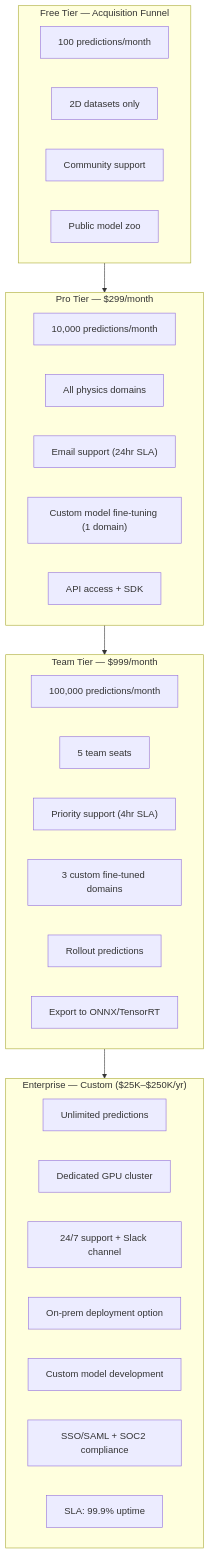
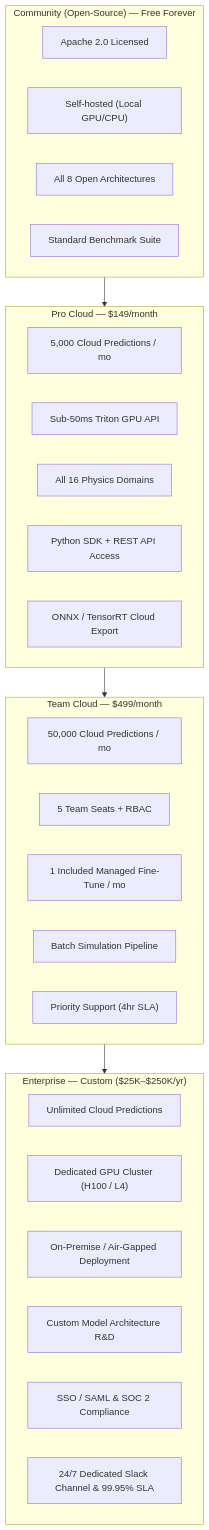
The fourth of 6 diagrams in Kontinua_Implementation_Plan.md (KontinuaAI/kontinua), drawn with Mermaid before and after one commit. The commit also changed other lines of this file and 200 other files, not shown here.

Commit message:
chore: prepare Kontinua open source release

````diff
--- a/Kontinua_Implementation_Plan.md
+++ b/Kontinua_Implementation_Plan.md
@@ -296,40 +160,38 @@
 ```mermaid
 graph TD
-    subgraph FREE["Free Tier — Acquisition Funnel"]
-        F1["100 predictions/month"]
-        F2["2D datasets only"]
-        F3["Community support"]
-        F4["Public model zoo"]
+    subgraph OSS_TIER["Community (Open-Source) — Free Forever"]
+        O1["Apache 2.0 Licensed"]
+        O2["Self-hosted (Local GPU/CPU)"]
+        O3["All 8 Open Architectures"]
+        O4["Standard Benchmark Suite"]
     end
 
-    subgraph PRO["Pro Tier — $299/month"]
-        P1["10,000 predictions/month"]
-        P2["All physics domains"]
-        P3["Email support (24hr SLA)"]
-        P4["Custom model fine-tuning (1 domain)"]
-        P5["API access + SDK"]
+    subgraph PRO_TIER["Pro Cloud — $149/month"]
+        P1["5,000 Cloud Predictions / mo"]
+        P2["Sub-50ms Triton GPU API"]
+        P3["All 16 Physics Domains"]
+        P4["Python SDK + REST API Access"]
+        P5["ONNX / TensorRT Cloud Export"]
     end
 
-    subgraph TEAM["Team Tier — $999/month"]
-        T1["100,000 predictions/month"]
-        T2["5 team seats"]
-        T3["Priority support (4hr SLA)"]
-        T4["3 custom fine-tuned domains"]
-        T5["Rollout predictions"]
-        T6["Export to ONNX/TensorRT"]
+    subgraph TEAM_TIER["Team Cloud — $499/month"]
+        T1["50,000 Cloud Predictions / mo"]
+        T2["5 Team Seats + RBAC"]
+        T3["1 Included Managed Fine-Tune / mo"]
+        T4["Batch Simulation Pipeline"]
+        T5["Priority Support (4hr SLA)"]
     end
 
-    subgraph ENTERPRISE["Enterprise — Custom ($25K–$250K/yr)"]
-        E1["Unlimited predictions"]
-        E2["Dedicated GPU cluster"]
-        E3["24/7 support + Slack channel"]
-        E4["On-prem deployment option"]
-        E5["Custom model development"]
-        E6["SSO/SAML + SOC2 compliance"]
-        E7["SLA: 99.9% uptime"]
+    subgraph ENT_TIER["Enterprise — Custom ($25K–$250K/yr)"]
+        E1["Unlimited Cloud Predictions"]
+        E2["Dedicated GPU Cluster (H100 / L4)"]
+        E3["On-Premise / Air-Gapped Deployment"]
+        E4["Custom Model Architecture R&D"]
+        E5["SSO / SAML & SOC 2 Compliance"]
+        E6["24/7 Dedicated Slack Channel & 99.95% SLA"]
     end
 
-    FREE --> PRO
-    PRO --> TEAM
-    TEAM --> ENTERPRISE
+    OSS_TIER --> PRO_TIER
+    PRO_TIER --> TEAM_TIER
+    TEAM_TIER --> ENT_TIER
 ```
````
